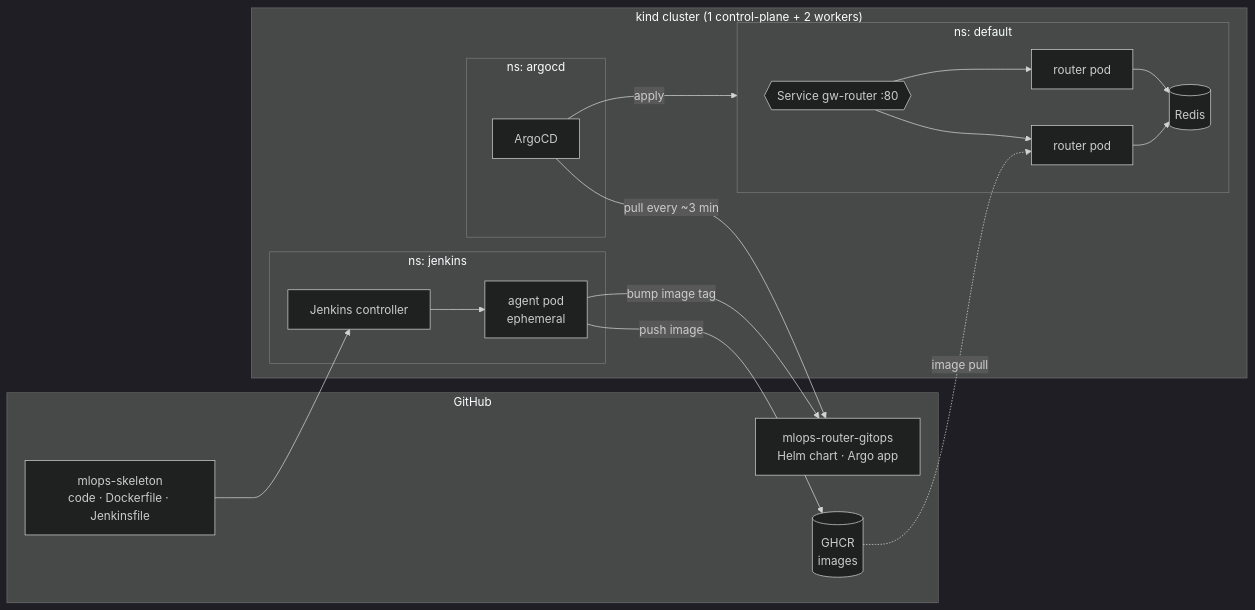
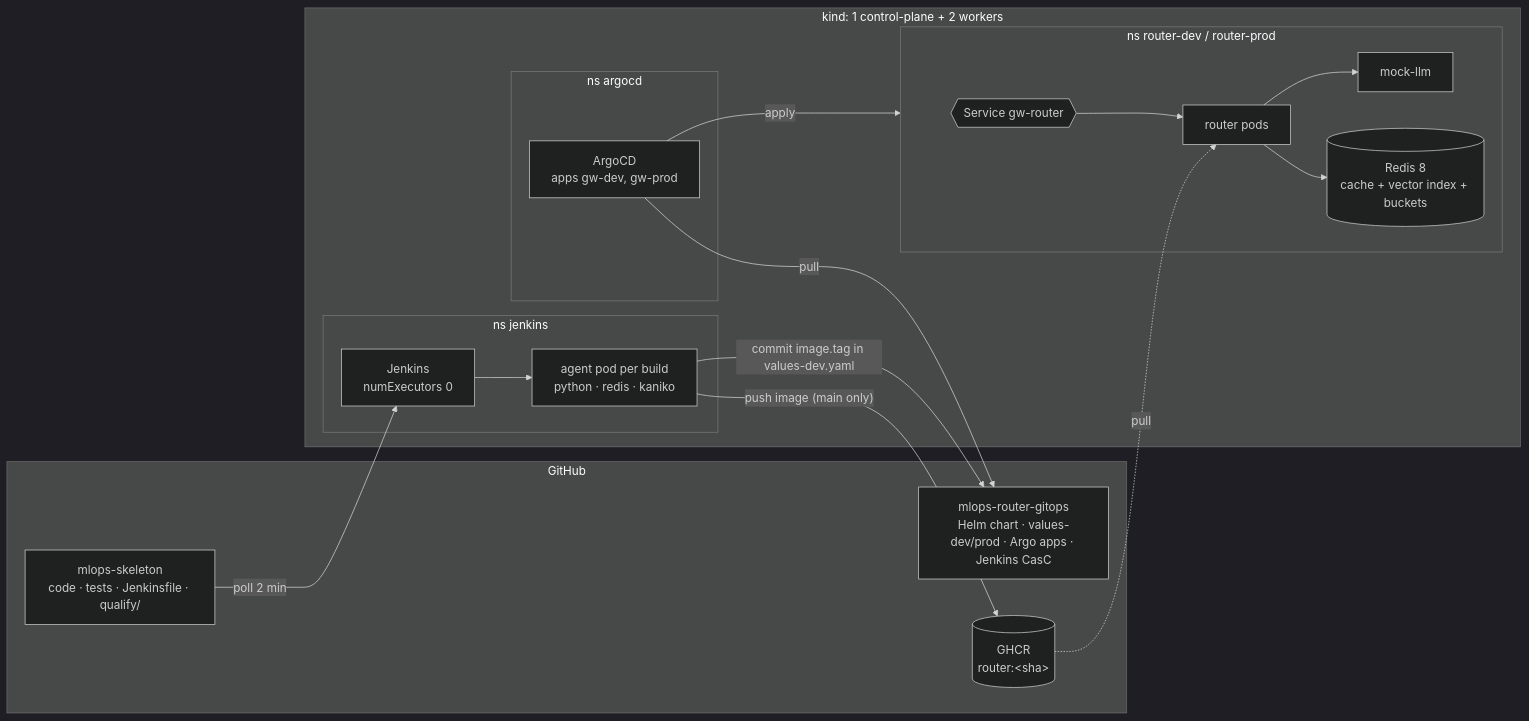
The first of 3 diagrams in Readme.md (ducthangng/mlops-skeleton), drawn with Mermaid (dark theme) before and after one commit. The commit also changed other lines of this file and 4 other files, not shown here.

````diff
--- a/Readme.md
+++ b/Readme.md
@@ -13,31 +13,31 @@
 ```mermaid
 flowchart LR
     subgraph GitHub
-        APP[mlops-skeleton<br/>code · Dockerfile · Jenkinsfile]
-        OPS[mlops-router-gitops<br/>Helm chart · Argo app]
-        REG[(GHCR<br/>images)]
+        APP[mlops-skeleton<br/>code · tests · Jenkinsfile · qualify/]
+        OPS[mlops-router-gitops<br/>Helm chart · values-dev/prod · Argo apps · Jenkins CasC]
+        REG[(GHCR<br/>router:&lt;sha&gt;)]
     end
-    subgraph Cluster["kind cluster (1 control-plane + 2 workers)"]
-        subgraph nsJenkins["ns: jenkins"]
-            JC[Jenkins controller]
-            AG[agent pod<br/>ephemeral]
+    subgraph Cluster["kind: 1 control-plane + 2 workers"]
+        subgraph nsJenkins["ns jenkins"]
+            JC[Jenkins<br/>numExecutors 0]
+            AG[agent pod per build<br/>python · redis · kaniko]
         end
-        subgraph nsArgo["ns: argocd"]
-            ARGO[ArgoCD]
+        subgraph nsArgo["ns argocd"]
+            ARGO[ArgoCD<br/>apps gw-dev, gw-prod]
         end
-        subgraph nsDefault["ns: default"]
-            SVC{{Service gw-router :80}}
-            R1[router pod]
-            R2[router pod]
-            RD[(Redis)]
+        subgraph nsDev["ns router-dev / router-prod"]
+            SVC{{Service gw-router}}
+            R[router pods]
+            RD[(Redis 8<br/>cache + vector index + buckets)]
+            M[mock-llm]
         end
     end
-    APP --> JC --> AG
-    AG -- push image --> REG
-    AG -- bump image tag --> OPS
-    ARGO -- pull every ~3 min --> OPS
-    ARGO -- apply --> nsDefault
-    SVC --> R1 & R2
-    R1 & R2 --> RD
-    REG -. image pull .-> R1
+    APP -- poll 2 min --> JC --> AG
+    AG -- push image (main only) --> REG
+    AG -- commit image.tag in values-dev.yaml --> OPS
+    ARGO -- pull --> OPS
+    ARGO -- apply --> nsDev
+    SVC --> R --> RD
+    R --> M
+    REG -. pull .-> R
 ```
````
